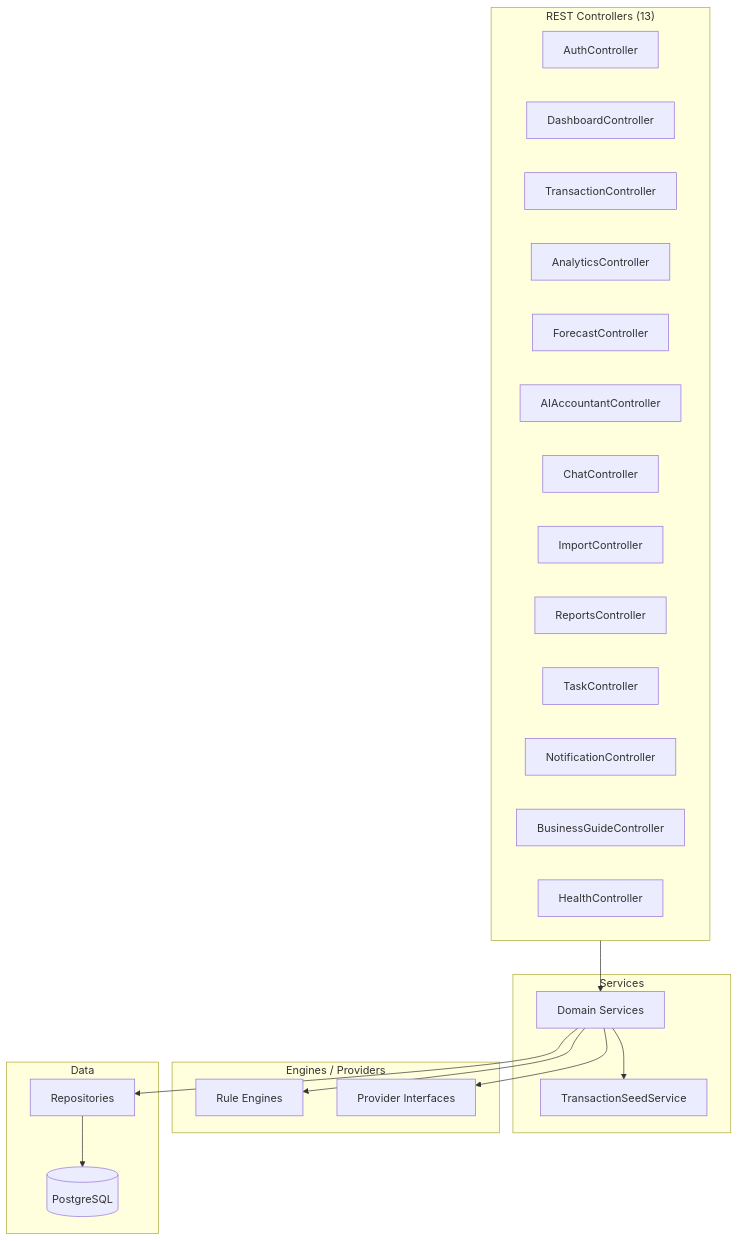
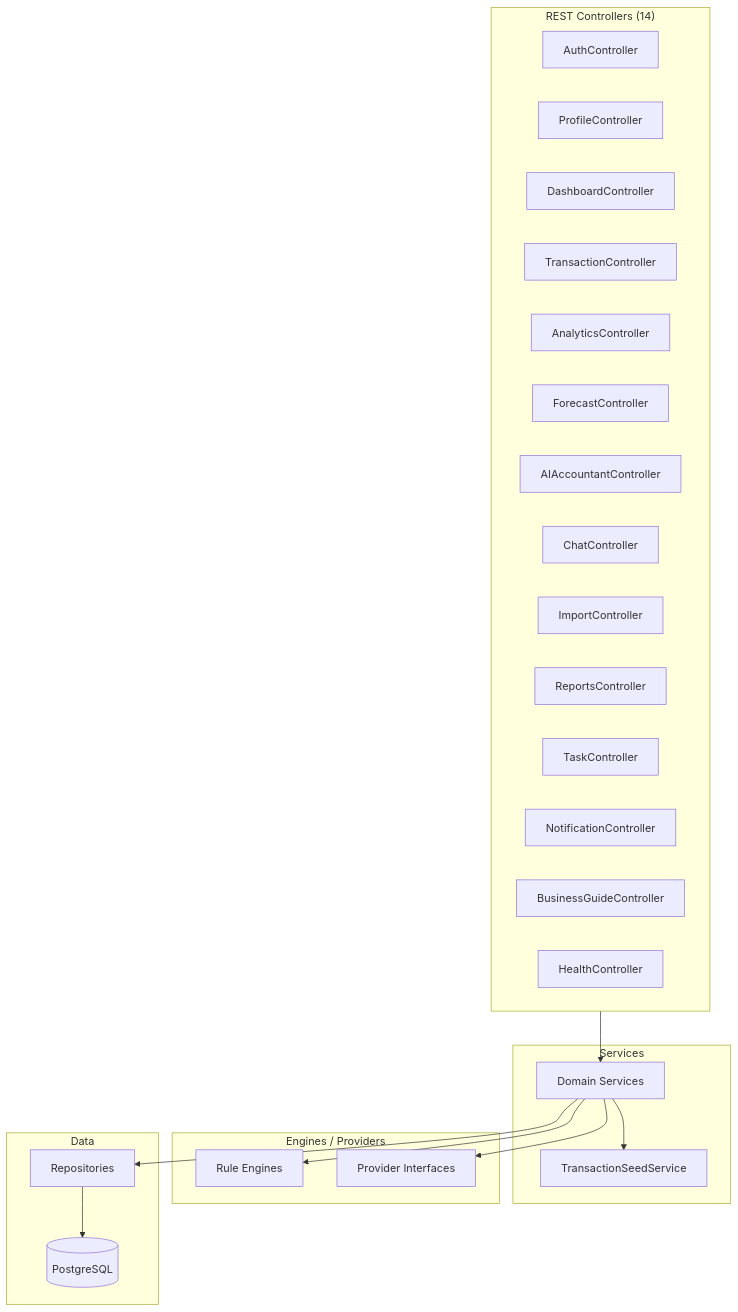
Before and after one commit to YevheniiaDem/flowiq-backend: the first of 8 diagrams in docs/architecture/REQUEST_FLOW_MAP.md, drawn with Mermaid. The commit also changed other lines of this file and 58 other files, not shown here.

````diff
--- a/docs/architecture/REQUEST_FLOW_MAP.md
+++ b/docs/architecture/REQUEST_FLOW_MAP.md
@@ -28,40 +31,41 @@
 ```mermaid
 flowchart TB
-    subgraph HTTP["REST Controllers (13)"]
+    subgraph HTTP["REST Controllers (14)"]
         AUTH[AuthController]
+        PROF[ProfileController]
         DASH[DashboardController]
         TX[TransactionController]
         AN[AnalyticsController]
         FC[ForecastController]
         AI[AIAccountantController]
         CH[ChatController]
         IMP[ImportController]
         REP[ReportsController]
         TSK[TaskController]
         NOT[NotificationController]
         BG[BusinessGuideController]
         HL[HealthController]
     end
 
     subgraph Services
         SVC[Domain Services]
         SEED[TransactionSeedService]
     end
 
     subgraph Intelligence["Engines / Providers"]
         ENG[Rule Engines]
         PRV[Provider Interfaces]
     end
 
     subgraph Data
         REPO[Repositories]
         PG[(PostgreSQL)]
     end
 
     HTTP --> SVC
     SVC --> SEED
     SVC --> ENG
     SVC --> PRV
     SVC --> REPO
     REPO --> PG
 ```
````
